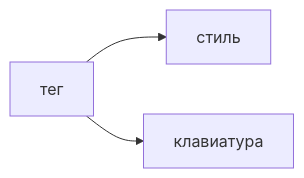
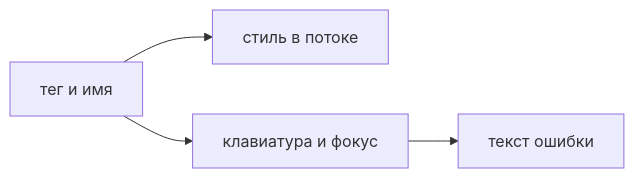
One commit to AlexanderNY/cursor_test changed the diagram in nine-to-eighteen/ui/src/data/learn/frontend/fe05-html-a11y.md. Above: the diagram before and after it, drawn with Mermaid. The commit also changed other lines of this file and 40 other files, not shown here.

````diff
--- a/nine-to-eighteen/ui/src/data/learn/frontend/fe05-html-a11y.md
+++ b/nine-to-eighteen/ui/src/data/learn/frontend/fe05-html-a11y.md
@@ -52,5 +101,6 @@
 ```mermaid
 flowchart LR
-  T[тег] --> S[стиль]
-  T --> K[клавиатура]
+  T[тег и имя] --> S[стиль в потоке]
+  T --> K[клавиатура и фокус]
+  K --> E[текст ошибки]
 ```
````
